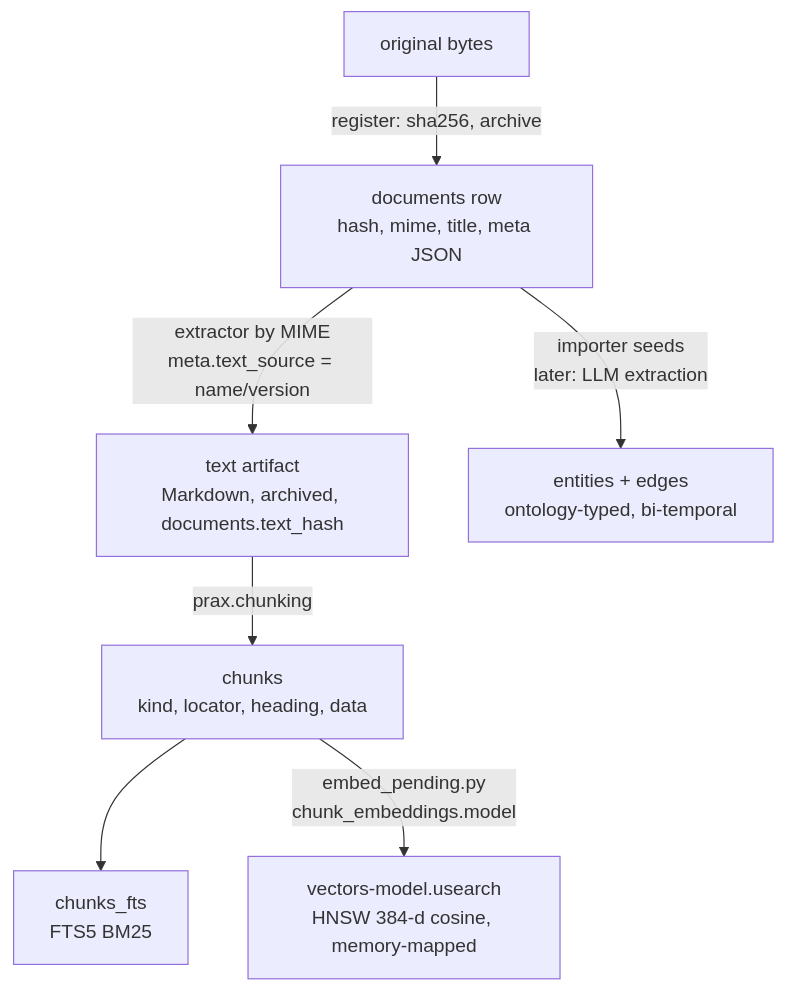
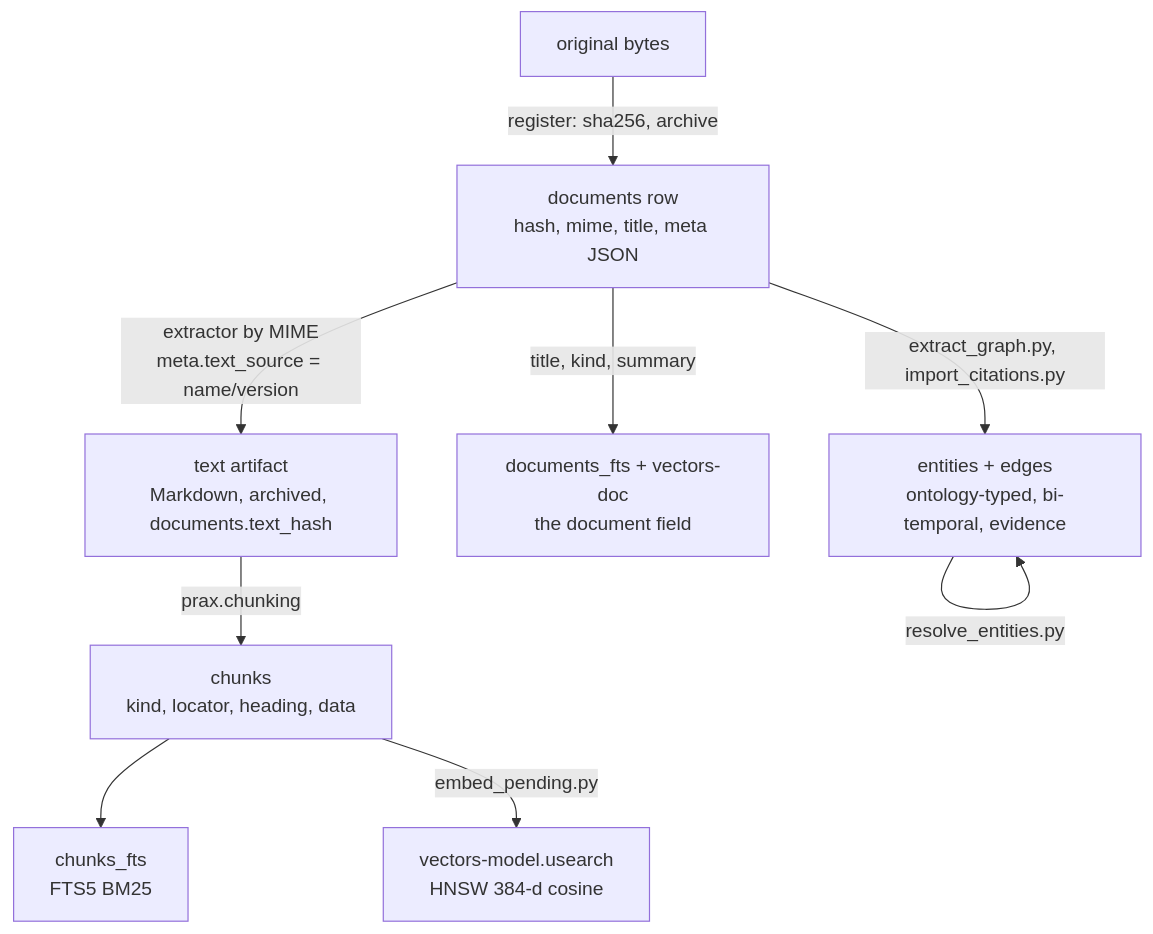
One commit to lodsb/prax changed the second of 3 diagrams in docs/architecture.md. Above: the diagram before and after it, drawn with Mermaid. The commit also changed other lines of this file and 3 other files, not shown here.

First line of the commit message:
docs: architecture and README rewritten for the system as built through Stage 3

````diff
--- a/docs/architecture.md
+++ b/docs/architecture.md
@@ -77,9 +89,11 @@
 ```mermaid
 flowchart TD
   O[original bytes] -->|register: sha256, archive| D[documents row<br/>hash, mime, title, meta JSON]
   D -->|extractor by MIME<br/>meta.text_source = name/version| T[text artifact<br/>Markdown, archived, documents.text_hash]
   T -->|prax.chunking| CH[chunks<br/>kind, locator, heading, data]
   CH --> F[chunks_fts<br/>FTS5 BM25]
-  CH -->|embed_pending.py<br/>chunk_embeddings.model| V[vectors-model.usearch<br/>HNSW 384-d cosine, memory-mapped]
-  D -->|importer seeds<br/>later: LLM extraction| G[entities + edges<br/>ontology-typed, bi-temporal]
+  CH -->|embed_pending.py| V[vectors-model.usearch<br/>HNSW 384-d cosine]
+  D -->|title, kind, summary| DF[documents_fts + vectors-doc<br/>the document field]
+  D -->|extract_graph.py, import_citations.py| G[entities + edges<br/>ontology-typed, bi-temporal, evidence]
+  G -->|resolve_entities.py| G
 ```
````
